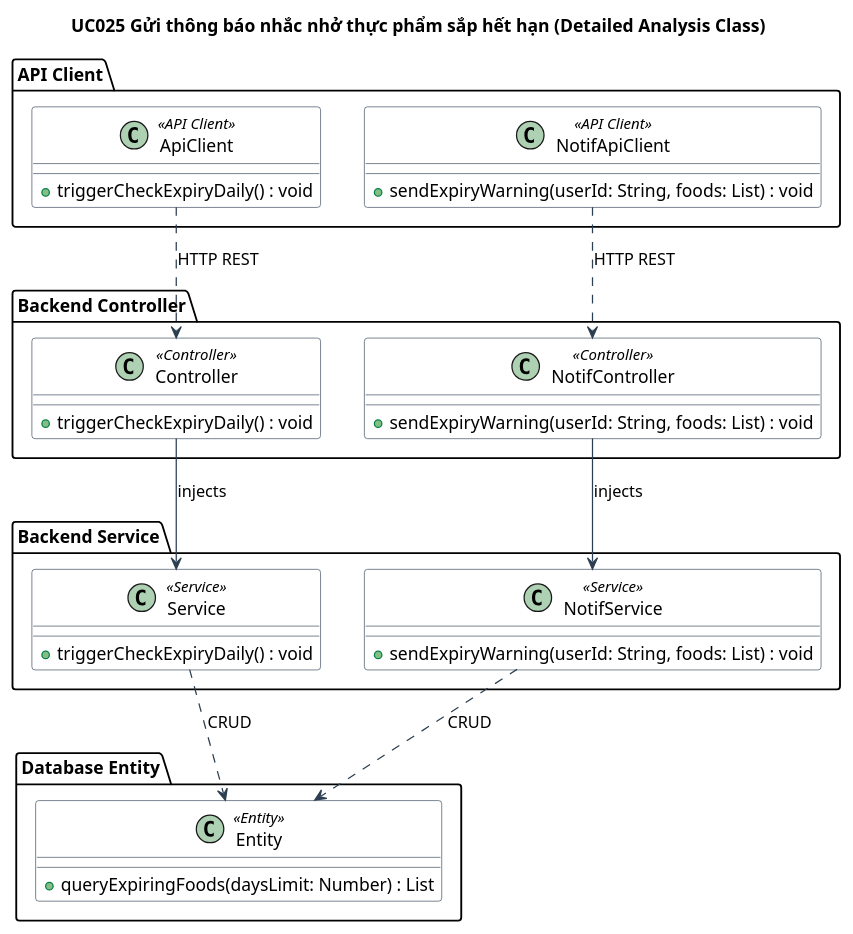
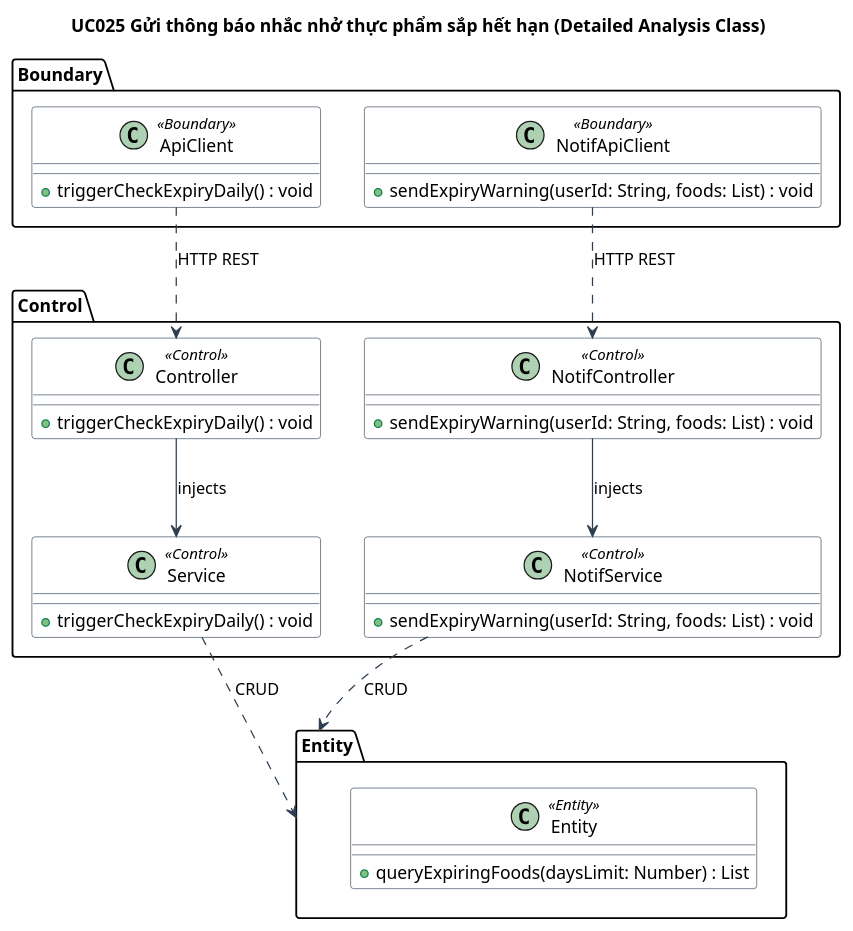
The diagram in diagrams/New_Analysis_Class_Diagrams/UC025_Gửi_thông_báo_nhắc_nhở_thực_phẩm_sắp_hết_hạn_Analysis.puml (Alt2210/NaviMart), drawn with PlantUML before and after one commit. The commit also changed 75 other files, not shown here.

```diff
--- a/diagrams/New_Analysis_Class_Diagrams/UC025_Gửi_thông_báo_nhắc_nhở_thực_phẩm_sắp_hết_hạn_Analysis.puml
+++ b/diagrams/New_Analysis_Class_Diagrams/UC025_Gửi_thông_báo_nhắc_nhở_thực_phẩm_sắp_hết_hạn_Analysis.puml
@@ -1,51 +1,51 @@
 @startuml
 title UC025 Gửi thông báo nhắc nhở thực phẩm sắp hết hạn (Detailed Analysis Class)
 
 skinparam class {
     BackgroundColor White
     ArrowColor #2C3E50
     BorderColor #2C3E50
 }
 
-package "API Client" {
-    class ApiClient <<API Client>> {
+package "Boundary" {
+    class ApiClient <<Boundary>> {
         + triggerCheckExpiryDaily() : void
     }
-    class NotifApiClient <<API Client>> {
+    class NotifApiClient <<Boundary>> {
         + sendExpiryWarning(userId: String, foods: List) : void
     }
 }
 
-package "Backend Controller" {
-    class Controller <<Controller>> {
+package "Control" {
+    class Controller <<Control>> {
         + triggerCheckExpiryDaily() : void
     }
-    class NotifController <<Controller>> {
+    class NotifController <<Control>> {
         + sendExpiryWarning(userId: String, foods: List) : void
     }
 }
 
-package "Backend Service" {
-    class Service <<Service>> {
+package "Control" {
+    class Service <<Control>> {
         + triggerCheckExpiryDaily() : void
     }
-    class NotifService <<Service>> {
+    class NotifService <<Control>> {
         + sendExpiryWarning(userId: String, foods: List) : void
     }
 }
 
-package "Database Entity" {
+package "Entity" {
     class Entity <<Entity>> {
         + queryExpiringFoods(daysLimit: Number) : List
     }
 }
 
 ' --- Relationships ---
 ApiClient ..> Controller : "HTTP REST"
 NotifApiClient ..> NotifController : "HTTP REST"
 Controller --> Service : "injects"
 NotifController --> NotifService : "injects"
 Service ..> Entity : "CRUD"
 NotifService ..> Entity : "CRUD"
 
 @enduml
```
